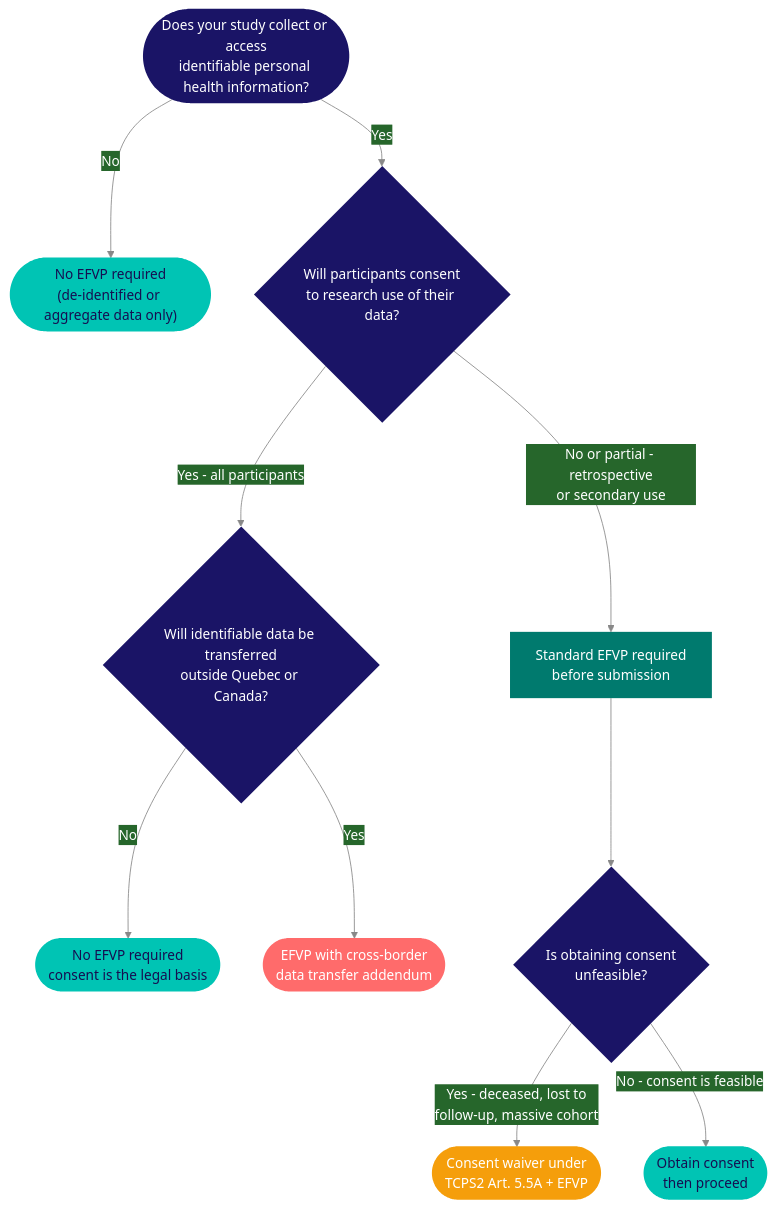
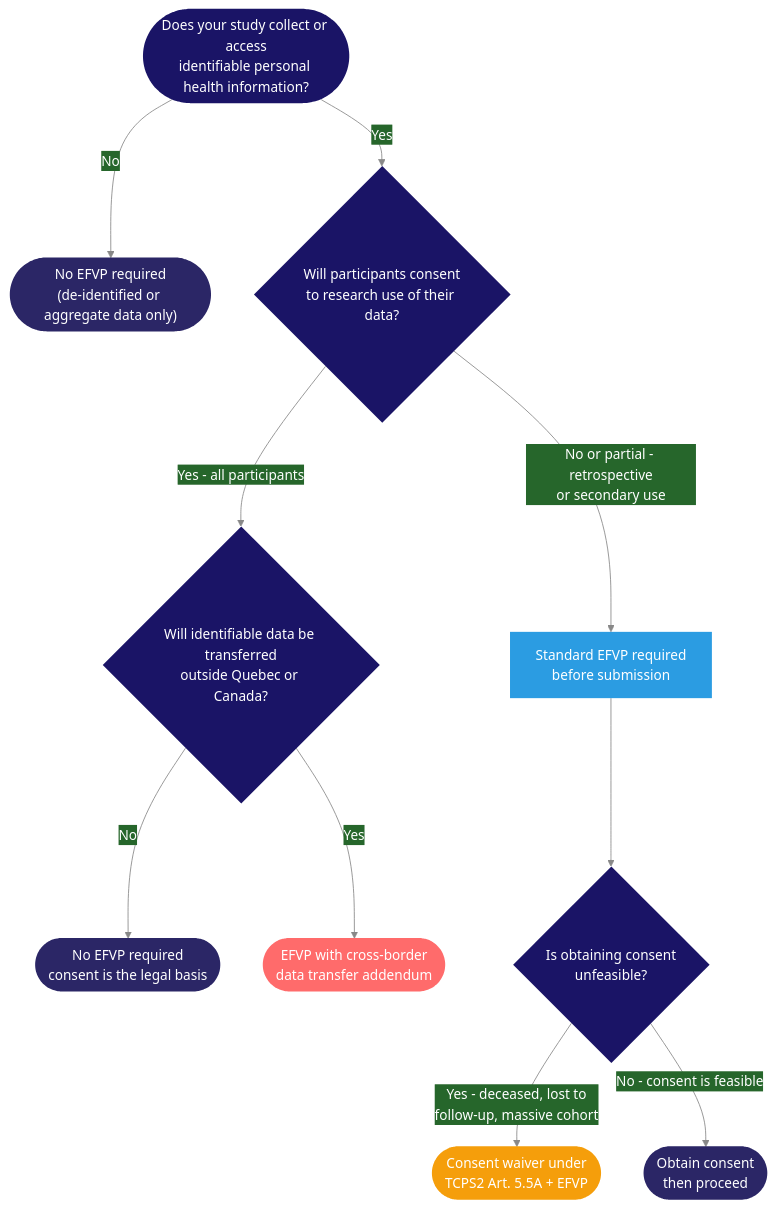
One commit to matthewfiorentino/docs changed the diagram in kb/privacy.mdx. Above: the diagram before and after it, drawn with Mermaid. The commit also changed 36 other files, not shown here.

````diff
--- a/kb/privacy.mdx
+++ b/kb/privacy.mdx
@@ -44,24 +44,24 @@
 ```mermaid
 %%{init: {'theme':'base','themeVariables':{'primaryColor':'#2b2666','primaryTextColor':'#ffffff','primaryBorderColor':'#2b2666','lineColor':'#888','fontFamily':'system-ui,sans-serif'}}}%%
 flowchart TD
     A(["Does your study collect or access\nidentifiable personal health information?"]) -->|No| Z(["No EFVP required\n(de-identified or aggregate data only)"])
     A -->|Yes| B{"Will participants consent\nto research use of their data?"}
     B -->|Yes - all participants| C{"Will identifiable data be transferred\noutside Quebec or Canada?"}
     B -->|No or partial - retrospective\nor secondary use| D["Standard EFVP required\nbefore submission"]
     C -->|No| E(["No EFVP required\nconsent is the legal basis"])
     C -->|Yes| F(["EFVP with cross-border\ndata transfer addendum"])
     D --> G{"Is obtaining consent\nunfeasible?"}
     G -->|Yes - deceased, lost to\nfollow-up, massive cohort| H(["Consent waiver under\nTCPS2 Art. 5.5A + EFVP"])
     G -->|No - consent is feasible| I(["Obtain consent\nthen proceed"])
 
     style A fill:#1a1466,color:#fff,stroke:none
     style B fill:#1a1466,color:#fff,stroke:none
     style C fill:#1a1466,color:#fff,stroke:none
     style G fill:#1a1466,color:#fff,stroke:none
-    style D fill:#007a6e,color:#fff,stroke:none
+    style D fill:#2b9ce2,color:#fff,stroke:none
     style F fill:#ff6b6b,color:#fff,stroke:none
     style H fill:#f59e0b,color:#fff,stroke:none
-    style Z fill:#00c4b4,color:#150e51,stroke:none
-    style E fill:#00c4b4,color:#150e51,stroke:none
-    style I fill:#00c4b4,color:#150e51,stroke:none
+    style Z fill:#2b2666,color:#fff,stroke:none
+    style E fill:#2b2666,color:#fff,stroke:none
+    style I fill:#2b2666,color:#fff,stroke:none
 ```
````
